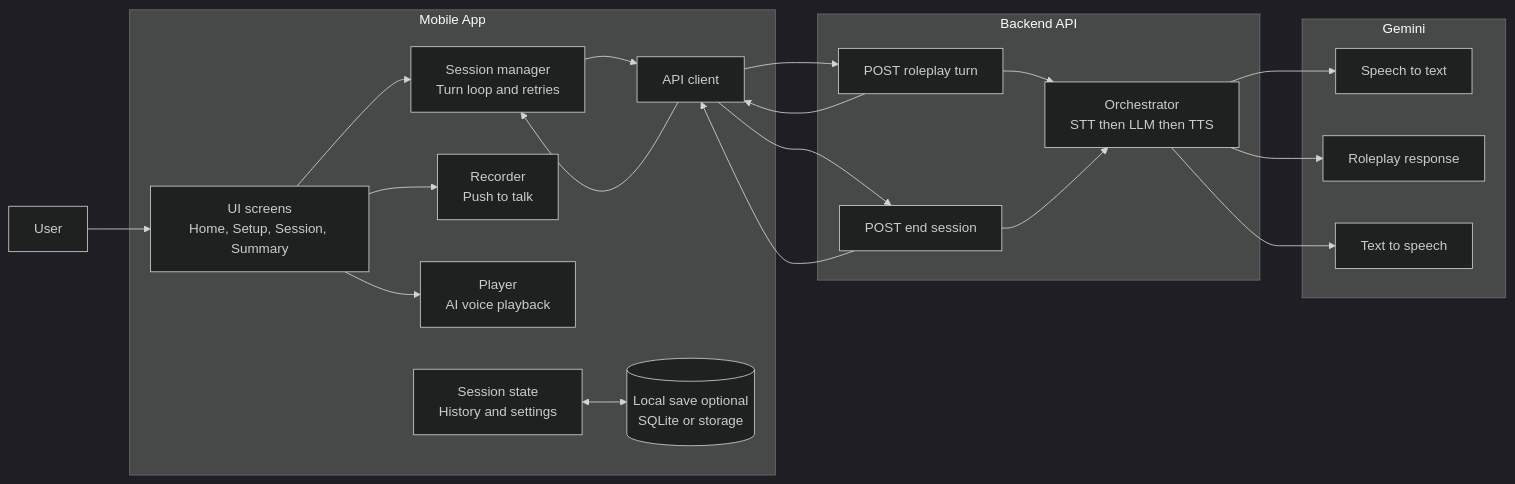
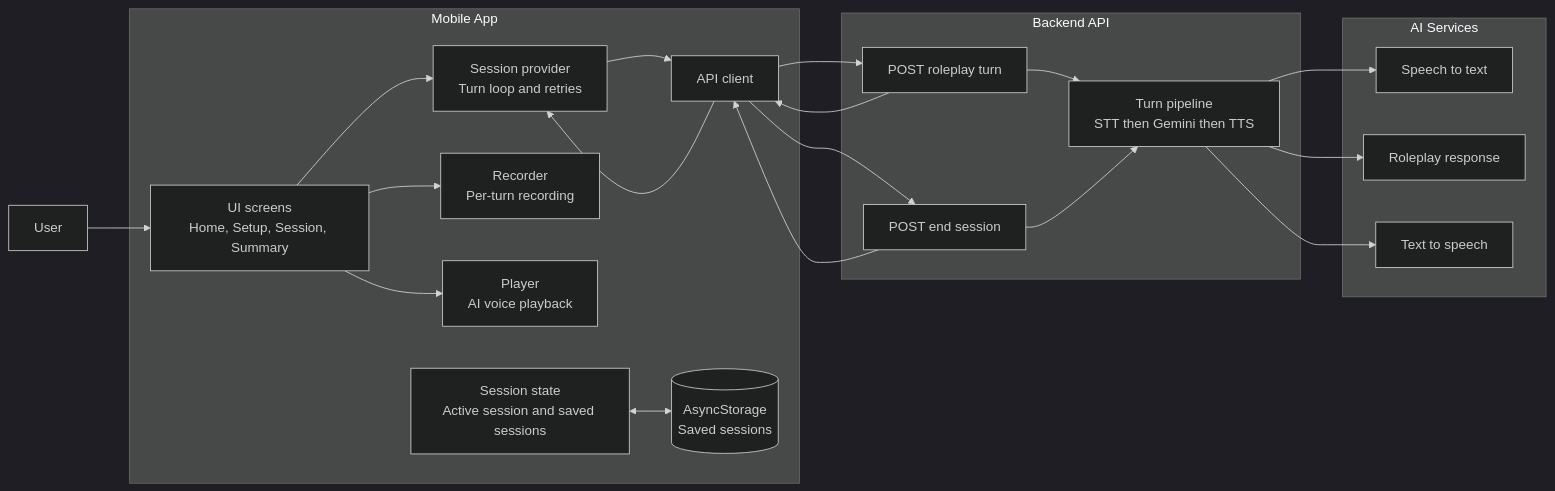
The second of 4 diagrams in shadow-frontend/docs/NEWcore-diagrams.md (d00375828/SeniorProject), drawn with Mermaid (dark theme) before and after one commit. The commit also changed other lines of this file and 16 other files, not shown here.

````diff
--- a/shadow-frontend/docs/NEWcore-diagrams.md
+++ b/shadow-frontend/docs/NEWcore-diagrams.md
@@ -41,47 +41,47 @@
 ```mermaid
 flowchart LR
     U[User]
 
     subgraph APP[Mobile App]
       UI[UI screens<br/>Home, Setup, Session, Summary]
-      STATE[Session state<br/>History and settings]
-      REC[Recorder<br/>Push to talk]
+      STATE[Session state<br/>Active session and saved sessions]
+      REC[Recorder<br/>Per-turn recording]
       PLAYER[Player<br/>AI voice playback]
-      MGR[Session manager<br/>Turn loop and retries]
+      MGR[Session provider<br/>Turn loop and retries]
       CLIENT[API client]
-      LOCAL[(Local save optional<br/>SQLite or storage)]
+      LOCAL[(AsyncStorage<br/>Saved sessions)]
     end
 
     subgraph BACKEND[Backend API]
       TURN[POST roleplay turn]
       SUM[POST end session]
-      ORCH[Orchestrator<br/>STT then LLM then TTS]
+      ORCH[Turn pipeline<br/>STT then Gemini then TTS]
     end
 
-    subgraph AI[Gemini]
+    subgraph AI[AI Services]
       STT[Speech to text]
       LLM[Roleplay response]
       TTS[Text to speech]
     end
 
     U --> UI
     UI --> REC
     UI --> PLAYER
     UI --> MGR
     MGR --> CLIENT
 
     CLIENT --> TURN
     CLIENT --> SUM
 
     TURN --> ORCH
     SUM --> ORCH
 
     ORCH --> STT
     ORCH --> LLM
     ORCH --> TTS
 
     STATE <--> LOCAL
     TURN --> CLIENT
     SUM --> CLIENT
     CLIENT --> MGR
 ```
````
